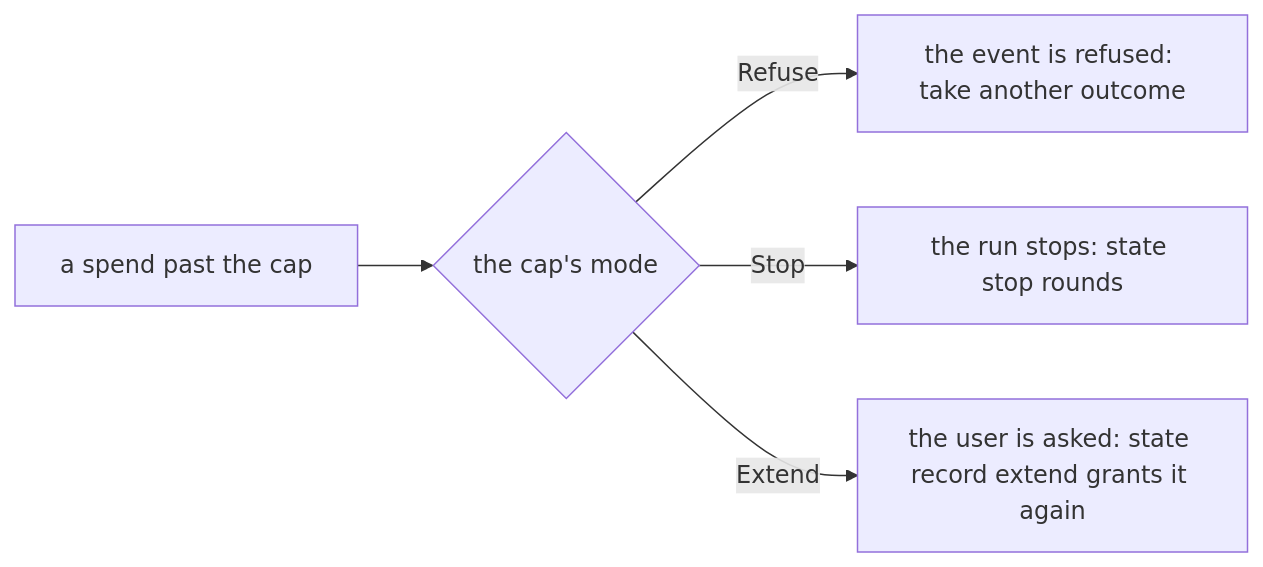
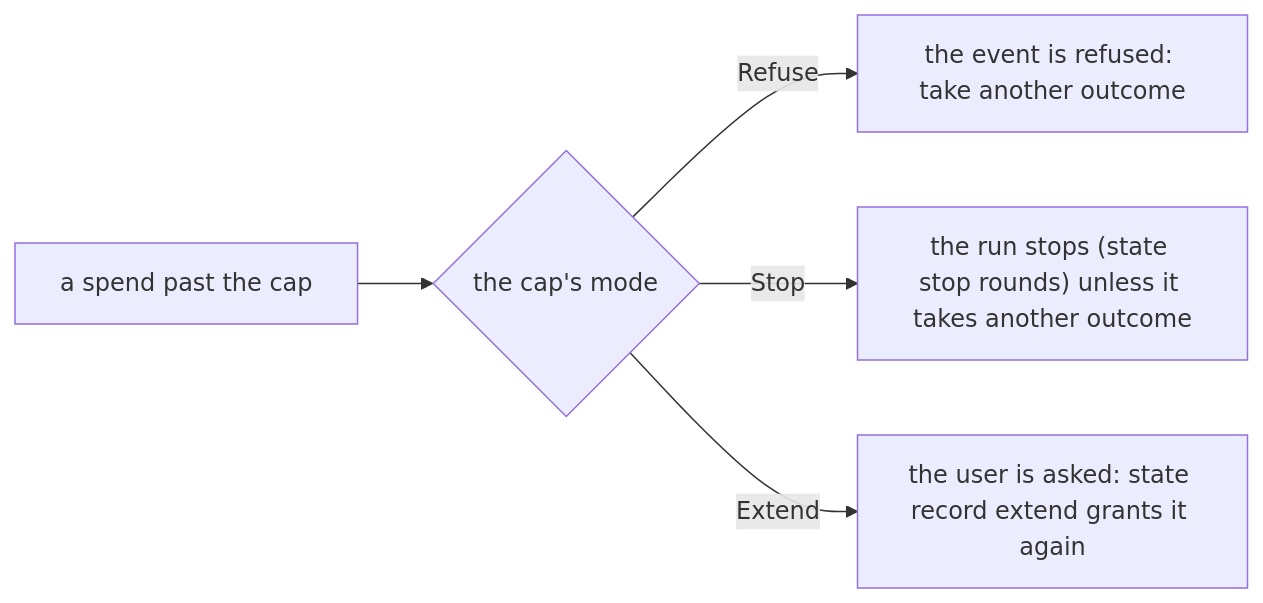
One commit to ILIYANGERMANOV/nixos changed the first of 2 diagrams in docs/harness/GUARDRAILS.md. Above: the diagram before and after it, drawn with Mermaid. The commit also changed 2 other files, not shown here.

Commit message:
[docs] harness: one home for Fuel and cap modes; P27 says stuck asks
FLOWS links GUARDRAILS for what Fuel is and what Refuse, Stop and Extend
do, instead of restating them. P27 matched the kernel: a stuck loop leads
to a Stuck question, it does not stop the run.

````diff
--- a/docs/harness/GUARDRAILS.md
+++ b/docs/harness/GUARDRAILS.md
@@ -32,7 +32,7 @@
 ```mermaid
 flowchart LR
   spend["a spend past the cap"] --> kind{"the cap's mode"}
   kind -->|"Refuse"| refuse["the event is refused: take another outcome"]
-  kind -->|"Stop"| stop["the run stops: state stop rounds"]
+  kind -->|"Stop"| stop["the run stops (state stop rounds) unless it takes another outcome"]
   kind -->|"Extend"| extend["the user is asked: state record extend grants it again"]
 ```
````
